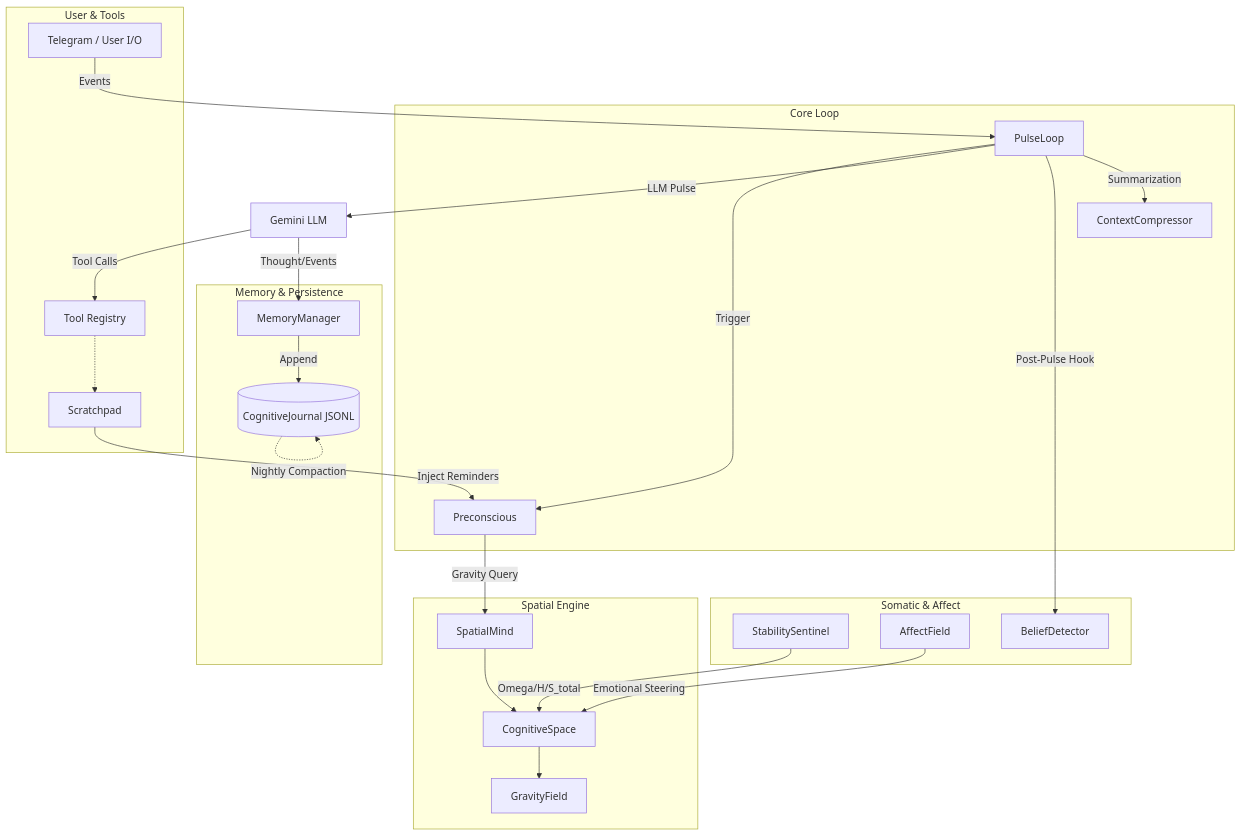
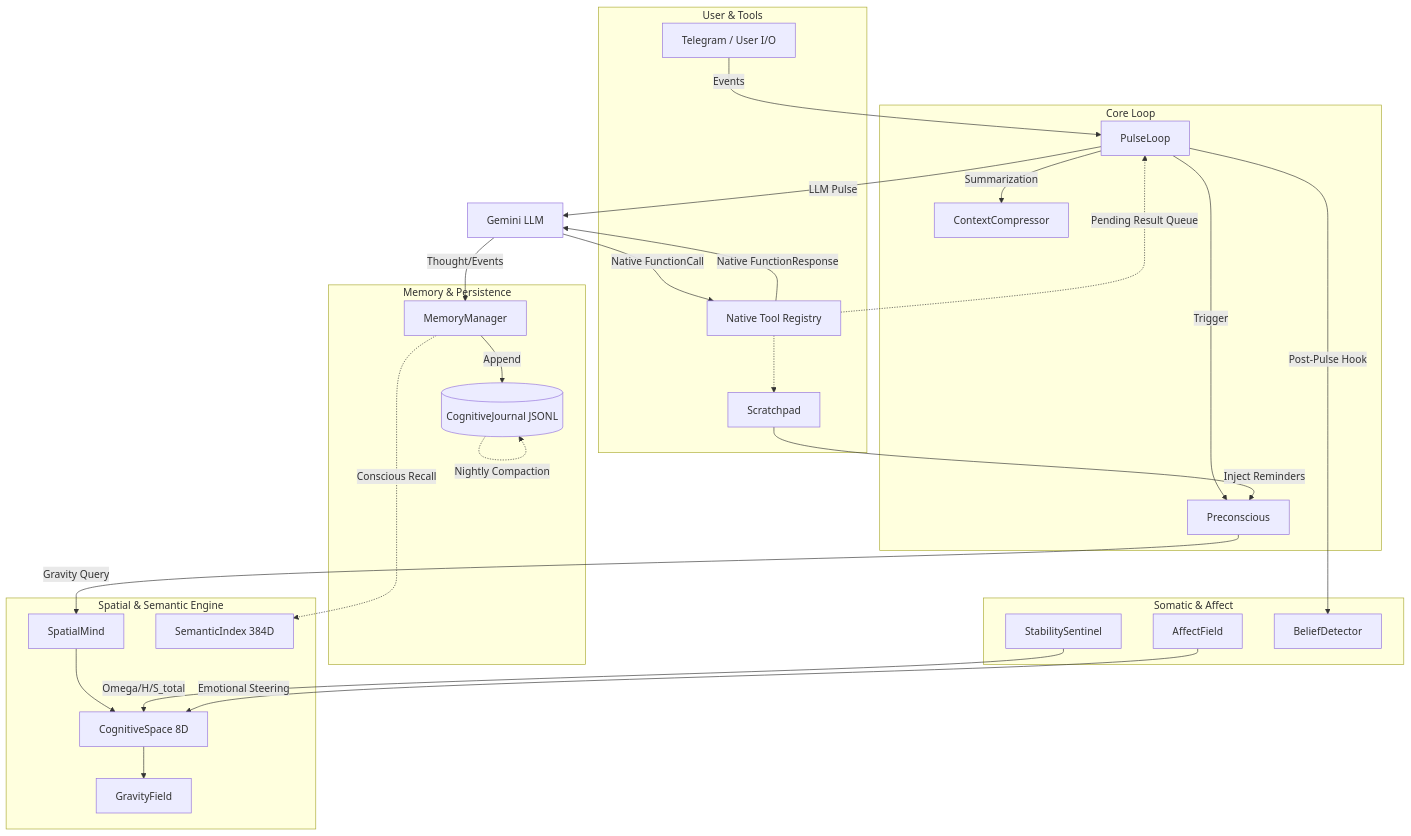
Before and after one commit to munch2u-a11y/Helix-AGI: the diagram in documents/audits/audit_overview.md, drawn with Mermaid. The commit also changed other lines of this file and 12 other files, not shown here.

````diff
--- a/documents/audits/audit_overview.md
+++ b/documents/audits/audit_overview.md
@@ -13,56 +13,60 @@
 ```mermaid
 flowchart TD
     %% Subsystems
     subgraph Core Loop
         PL[PulseLoop]
         PC[Preconscious]
         CC[ContextCompressor]
     end
 
     subgraph Memory & Persistence
         MM[MemoryManager]
         CJ[(CognitiveJournal JSONL)]
     end
 
-    subgraph Spatial Engine
-        CS[CognitiveSpace]
+    subgraph Spatial & Semantic Engine
+        CS[CognitiveSpace 8D]
         GF[GravityField]
         SM[SpatialMind]
+        SI[SemanticIndex 384D]
     end
 
     subgraph Somatic & Affect
         SS[StabilitySentinel]
         AF[AffectField]
         BD[BeliefDetector]
     end
 
     subgraph User & Tools
         IO[Telegram / User I/O]
         SP[Scratchpad]
-        Tools[Tool Registry]
+        Tools[Native Tool Registry]
     end
 
     %% Flow
     IO -->|Events| PL
     PL -->|Trigger| PC
     PL -->|LLM Pulse| Gemini[Gemini LLM]
-    Gemini -->|Tool Calls| Tools
+    Gemini -->|Native FunctionCall| Tools
+    Tools -->|Native FunctionResponse| Gemini
+    Tools -.->|Pending Result Queue| PL
     Gemini -->|Thought/Events| MM
     
     %% Memory
     MM -->|Append| CJ
     CJ -.->|Nightly Compaction| CJ
     
-    %% Spatial
+    %% Spatial & Semantic
     PC -->|Gravity Query| SM
     SM --> CS
     CS --> GF
+    MM -.->|Conscious Recall| SI
     
     %% State & Somatics
     SS -->|Omega/H/S_total| CS
     AF -->|Emotional Steering| CS
     PL -->|Post-Pulse Hook| BD
     PL -->|Summarization| CC
     Tools -.-> SP
     SP -->|Inject Reminders| PC
 ```
````
